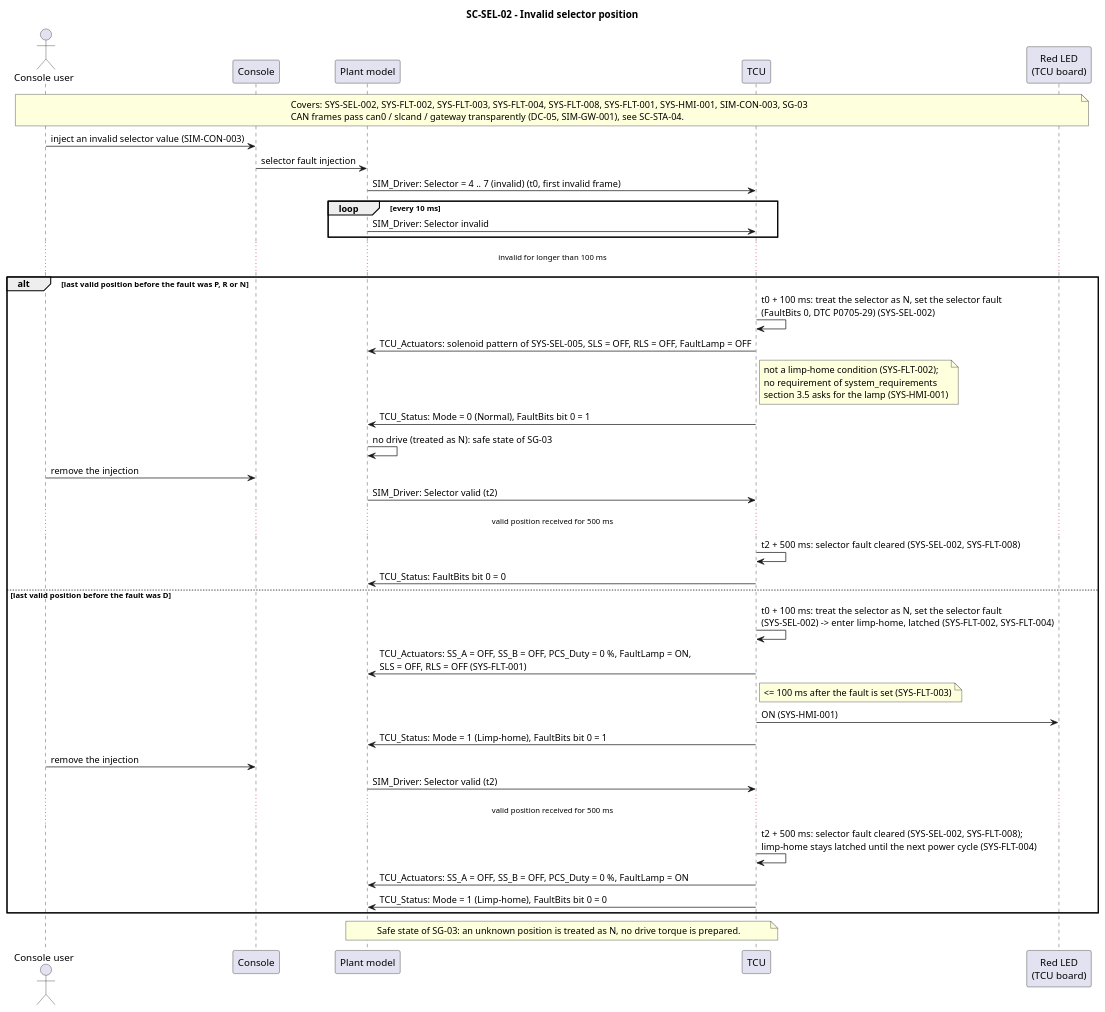
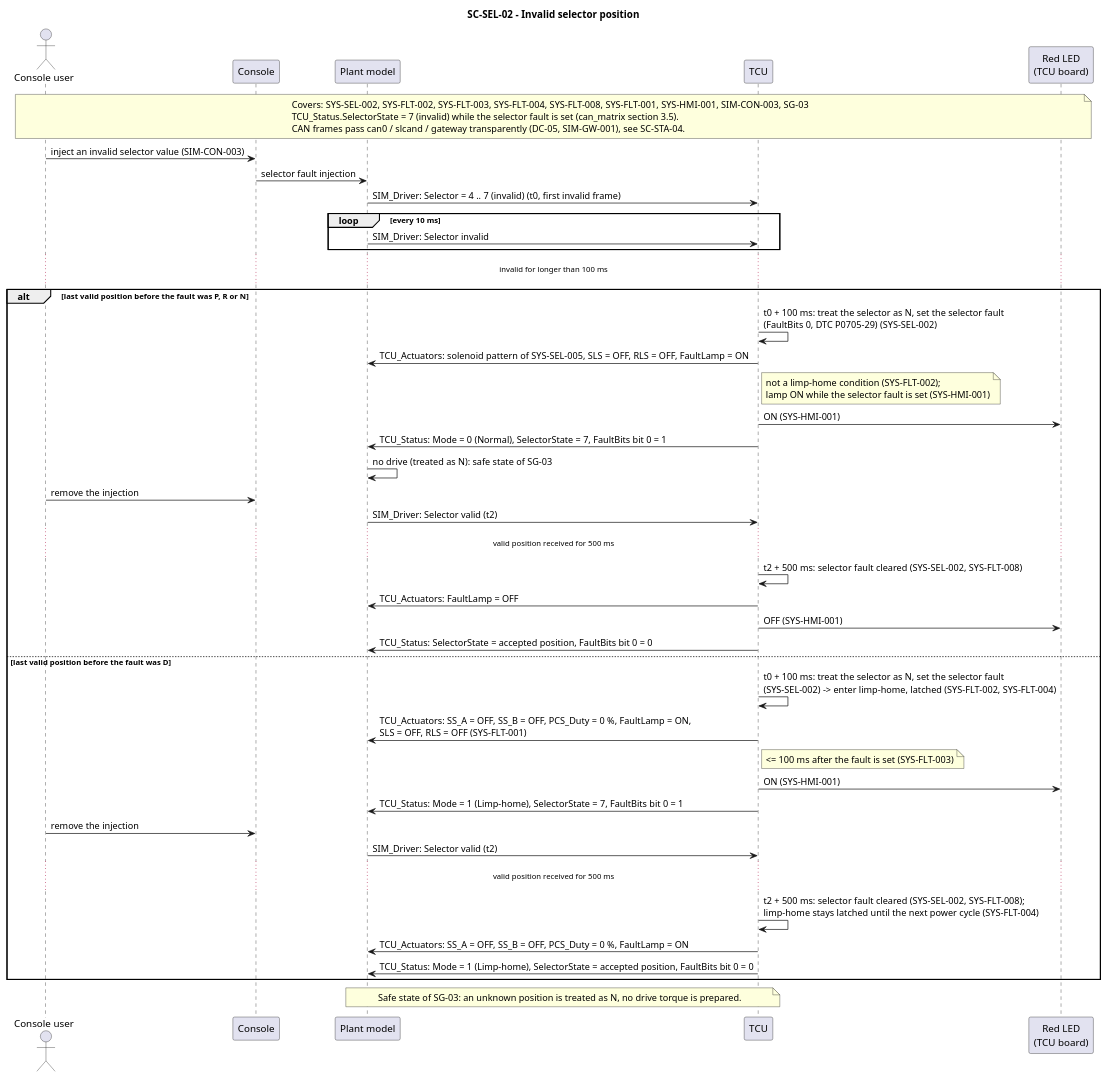
Before and after one commit to cavoidcodon/xAT: the diagram in docs/architecture/system/diagrams/seq_sel_invalid_position.puml, drawn with PlantUML. The commit also changed 16 other files, not shown here.

```diff
--- a/docs/architecture/system/diagrams/seq_sel_invalid_position.puml
+++ b/docs/architecture/system/diagrams/seq_sel_invalid_position.puml
@@ -1,49 +1,53 @@
 @startuml seq_sel_invalid_position
 title SC-SEL-02 - Invalid selector position
 
 actor "Console user" as User
 participant "Console" as Console
 participant "Plant model" as Plant
 participant "TCU" as TCU
 participant "Red LED\n(TCU board)" as LED
 
 note over User, LED
 Covers: SYS-SEL-002, SYS-FLT-002, SYS-FLT-003, SYS-FLT-004, SYS-FLT-008, SYS-FLT-001, SYS-HMI-001, SIM-CON-003, SG-03
+TCU_Status.SelectorState = 7 (invalid) while the selector fault is set (can_matrix section 3.5).
 CAN frames pass can0 / slcand / gateway transparently (DC-05, SIM-GW-001), see SC-STA-04.
 end note
 
 User -> Console : inject an invalid selector value (SIM-CON-003)
 Console -> Plant : selector fault injection
 Plant -> TCU : SIM_Driver: Selector = 4 .. 7 (invalid) (t0, first invalid frame)
 loop every 10 ms
   Plant -> TCU : SIM_Driver: Selector invalid
 end
 ... invalid for longer than 100 ms ...
 
 alt last valid position before the fault was P, R or N
   TCU -> TCU : t0 + 100 ms: treat the selector as N, set the selector fault\n(FaultBits 0, DTC P0705-29) (SYS-SEL-002)
-  TCU -> Plant : TCU_Actuators: solenoid pattern of SYS-SEL-005, SLS = OFF, RLS = OFF, FaultLamp = OFF
-  note right of TCU: not a limp-home condition (SYS-FLT-002);\nno requirement of system_requirements\nsection 3.5 asks for the lamp (SYS-HMI-001)
-  TCU -> Plant : TCU_Status: Mode = 0 (Normal), FaultBits bit 0 = 1
+  TCU -> Plant : TCU_Actuators: solenoid pattern of SYS-SEL-005, SLS = OFF, RLS = OFF, FaultLamp = ON
+  note right of TCU: not a limp-home condition (SYS-FLT-002);\nlamp ON while the selector fault is set (SYS-HMI-001)
+  TCU -> LED : ON (SYS-HMI-001)
+  TCU -> Plant : TCU_Status: Mode = 0 (Normal), SelectorState = 7, FaultBits bit 0 = 1
   Plant -> Plant : no drive (treated as N): safe state of SG-03
   User -> Console : remove the injection
   Plant -> TCU : SIM_Driver: Selector valid (t2)
   ... valid position received for 500 ms ...
   TCU -> TCU : t2 + 500 ms: selector fault cleared (SYS-SEL-002, SYS-FLT-008)
-  TCU -> Plant : TCU_Status: FaultBits bit 0 = 0
+  TCU -> Plant : TCU_Actuators: FaultLamp = OFF
+  TCU -> LED : OFF (SYS-HMI-001)
+  TCU -> Plant : TCU_Status: SelectorState = accepted position, FaultBits bit 0 = 0
 else last valid position before the fault was D
   TCU -> TCU : t0 + 100 ms: treat the selector as N, set the selector fault\n(SYS-SEL-002) -> enter limp-home, latched (SYS-FLT-002, SYS-FLT-004)
   TCU -> Plant : TCU_Actuators: SS_A = OFF, SS_B = OFF, PCS_Duty = 0 %, FaultLamp = ON,\nSLS = OFF, RLS = OFF (SYS-FLT-001)
   note right of TCU: <= 100 ms after the fault is set (SYS-FLT-003)
   TCU -> LED : ON (SYS-HMI-001)
-  TCU -> Plant : TCU_Status: Mode = 1 (Limp-home), FaultBits bit 0 = 1
+  TCU -> Plant : TCU_Status: Mode = 1 (Limp-home), SelectorState = 7, FaultBits bit 0 = 1
   User -> Console : remove the injection
   Plant -> TCU : SIM_Driver: Selector valid (t2)
   ... valid position received for 500 ms ...
   TCU -> TCU : t2 + 500 ms: selector fault cleared (SYS-SEL-002, SYS-FLT-008);\nlimp-home stays latched until the next power cycle (SYS-FLT-004)
   TCU -> Plant : TCU_Actuators: SS_A = OFF, SS_B = OFF, PCS_Duty = 0 %, FaultLamp = ON
-  TCU -> Plant : TCU_Status: Mode = 1 (Limp-home), FaultBits bit 0 = 0
+  TCU -> Plant : TCU_Status: Mode = 1 (Limp-home), SelectorState = accepted position, FaultBits bit 0 = 0
 end
 
 note over Plant, TCU: Safe state of SG-03: an unknown position is treated as N, no drive torque is prepared.
 @enduml
```
